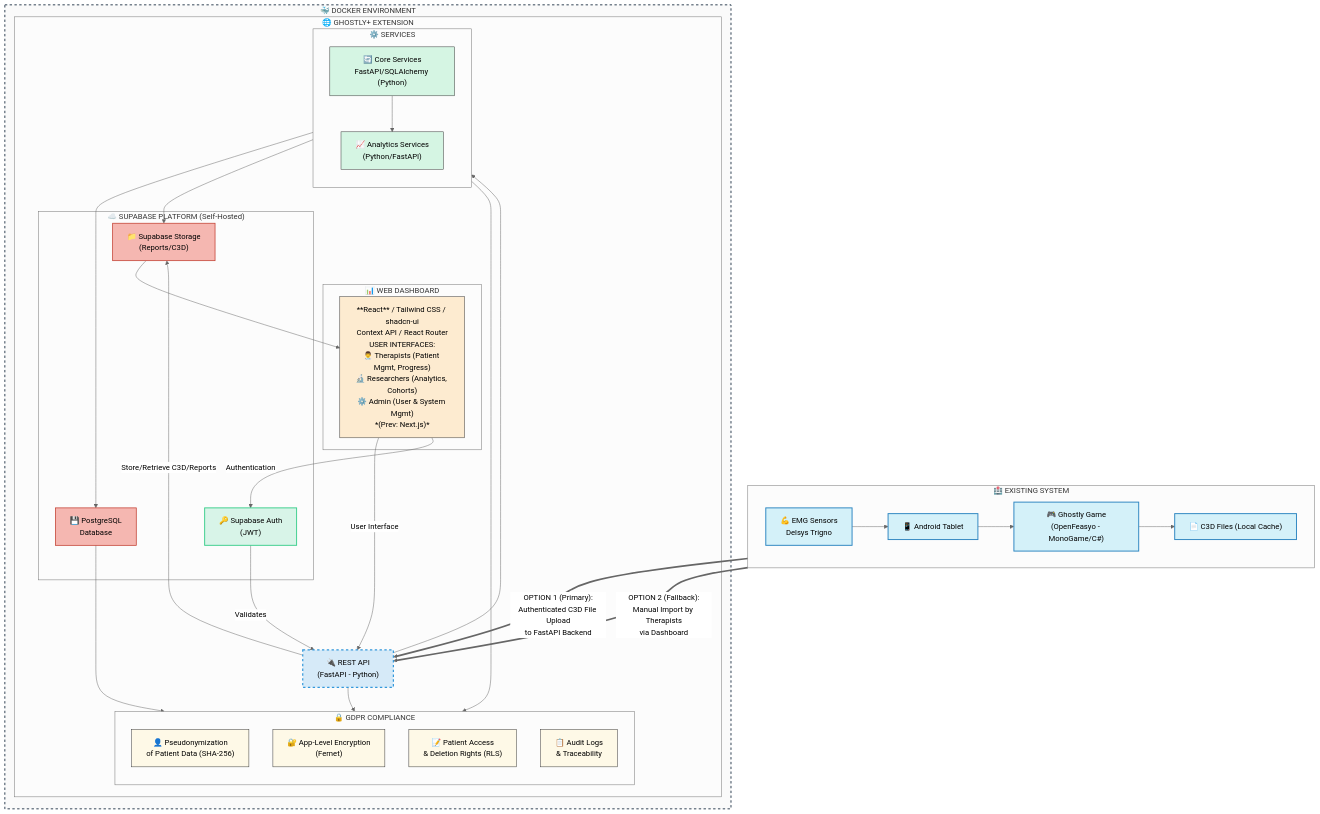
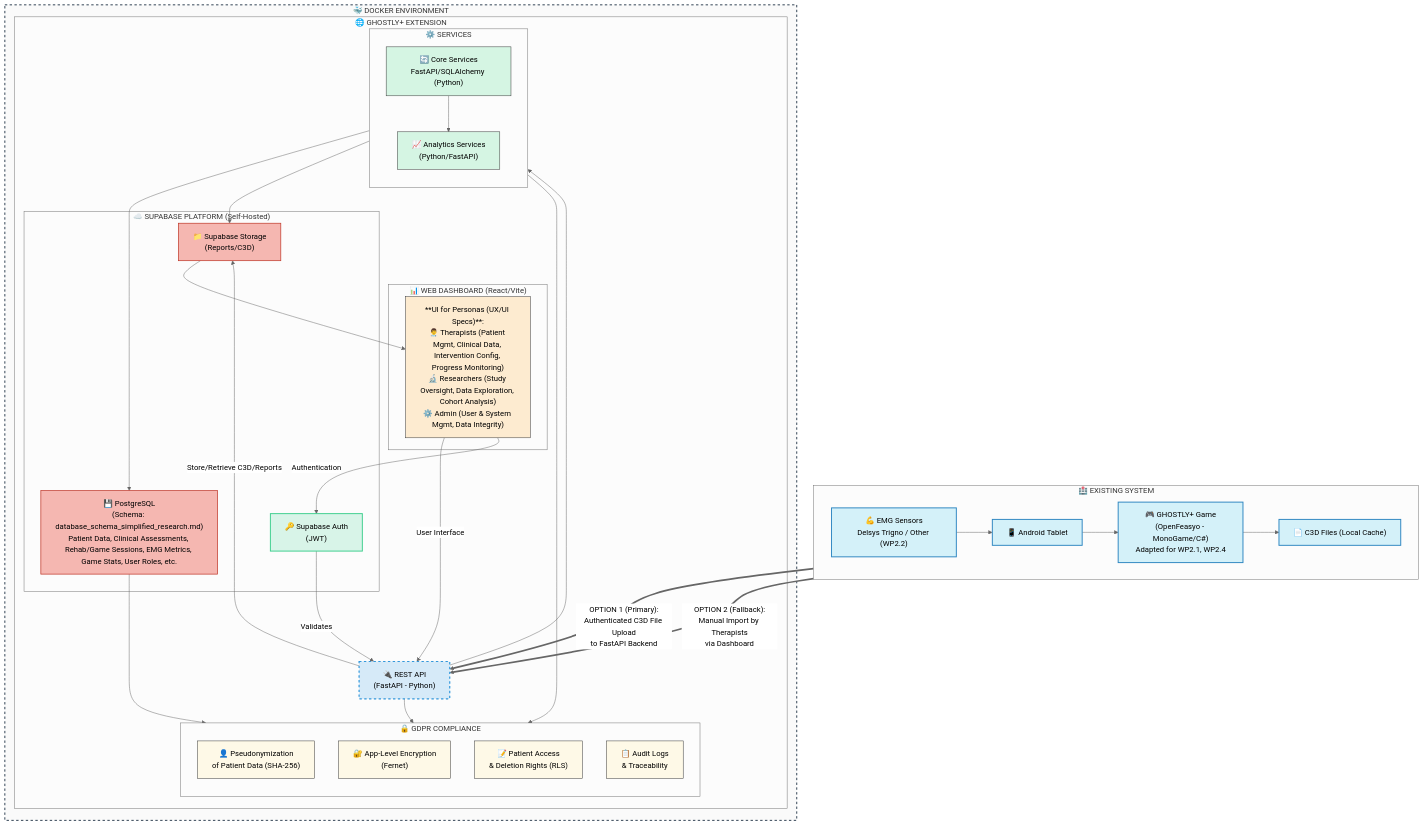
One commit to ggustin93/ghostly-plus-dashboard changed the diagram in memory-bank/systemPatterns.md. Above: the diagram before and after it, drawn with Mermaid (neutral theme). The commit also changed other lines of this file and 3 other files, not shown here.

```diff
--- a/memory-bank/systemPatterns.md
+++ b/memory-bank/systemPatterns.md
@@ -42,16 +43,16 @@
     subgraph CurrentSystem["🏥 EXISTING SYSTEM"]
         direction LR
         Android["📱 Android Tablet"]:::existing
-        Sensors["💪 EMG Sensors<br>Delsys Trigno"]:::existing
-        Ghostly["🎮 Ghostly Game<br>(OpenFeasyo - MonoGame/C#)"]:::existing
+        Sensors["💪 EMG Sensors<br>Delsys Trigno / Other (WP2.2)"]:::existing
+        Ghostly["🎮 GHOSTLY+ Game<br>(OpenFeasyo - MonoGame/C#)<br>Adapted for WP2.1, WP2.4"]:::existing
         LocalFiles["📄 C3D Files (Local Cache)"]:::existing
     end
 
     %% New system - streamlined
     subgraph DockerEnv["🐳 DOCKER ENVIRONMENT"]
         subgraph NewSystem["🌐 GHOSTLY+ EXTENSION"]
-            subgraph UserDashboard["📊 WEB DASHBOARD"]
-                Dashboard["**React** / Tailwind CSS / shadcn-ui<br>Context API / React Router<br>USER INTERFACES:<br>👨‍⚕️ Therapists (Patient Mgmt, Progress)<br>🔬 Researchers (Analytics, Cohorts)<br>⚙️ Admin (User & System Mgmt)<br>*(Prev: Next.js)*"]:::frontend
+            subgraph UserDashboard["📊 WEB DASHBOARD (React/Vite)"]
+                Dashboard["**UI for Personas (UX/UI Specs)**:<br>👨‍⚕️ Therapists (Patient Mgmt, Clinical Data, Intervention Config, Progress Monitoring)<br>🔬 Researchers (Study Oversight, Data Exploration, Cohort Analysis)<br>⚙️ Admin (User & System Mgmt, Data Integrity)"]:::frontend
             end
             
             API["🔌 REST API<br>(FastAPI - Python)"]:::api
@@ -63,7 +64,7 @@
             end
             
             subgraph SupabaseCloud["☁️ SUPABASE PLATFORM (Self-Hosted)"]
-                Database["💾 PostgreSQL<br>Database"]:::database
+                Database["💾 PostgreSQL<br>(Schema: database_schema_simplified_research.md)<br>Patient Data, Clinical Assessments, Rehab/Game Sessions, EMG Metrics, Game Stats, User Roles, etc."]:::database
                 FileStore["📁 Supabase Storage<br>(Reports/C3D)"]:::database
                 Auth["🔑 Supabase Auth<br>(JWT)"]:::supabase
             end
```
